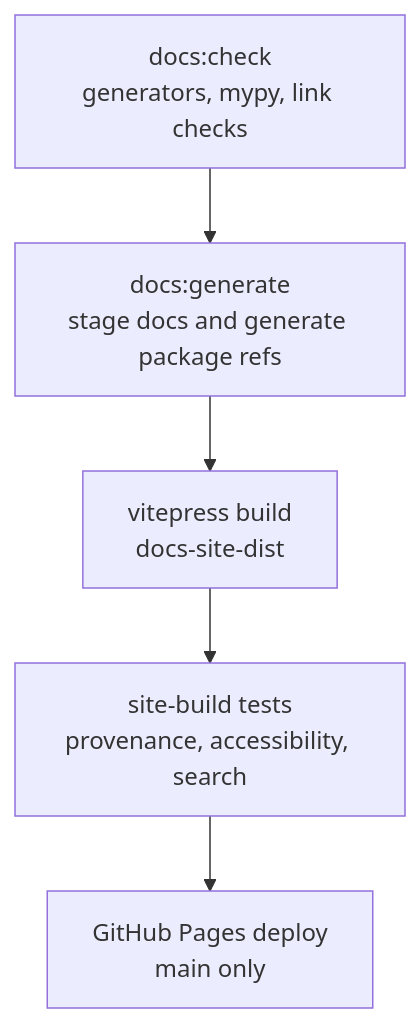
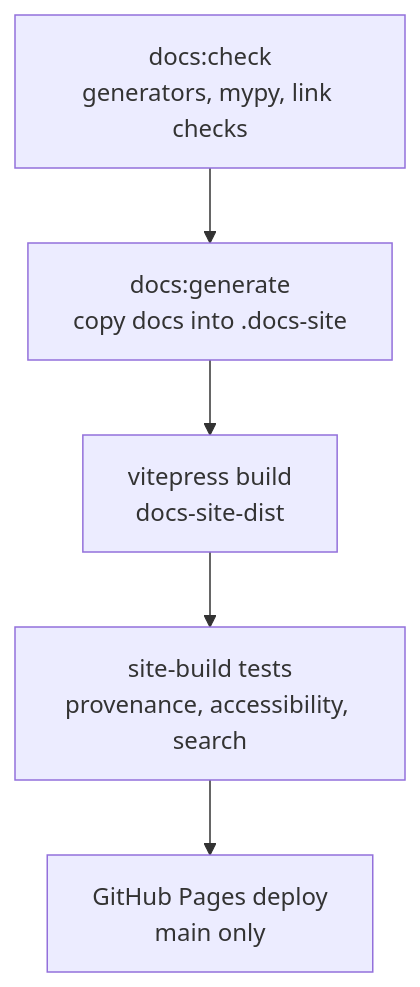
Before and after one commit to constructorfleet/SketchForge-3D: the diagram in docs/DOCUMENTATION_SUITE_SPEC.md, drawn with Mermaid. The commit also changed other lines of this file and 2 other files, not shown here.

````diff
--- a/docs/DOCUMENTATION_SUITE_SPEC.md
+++ b/docs/DOCUMENTATION_SUITE_SPEC.md
@@ -180,7 +178,7 @@
 ```mermaid
 graph TD;
-  A["docs:check<br/>generators, mypy, link checks"] --> B["docs:generate<br/>stage docs and generate package refs"];
+  A["docs:check<br/>generators, mypy, link checks"] --> B["docs:generate<br/>copy docs into .docs-site"];
   B --> C["vitepress build<br/>docs-site-dist"];
   C --> D["site-build tests<br/>provenance, accessibility, search"];
   D --> E["GitHub Pages deploy<br/>main only"];
 ```
````
